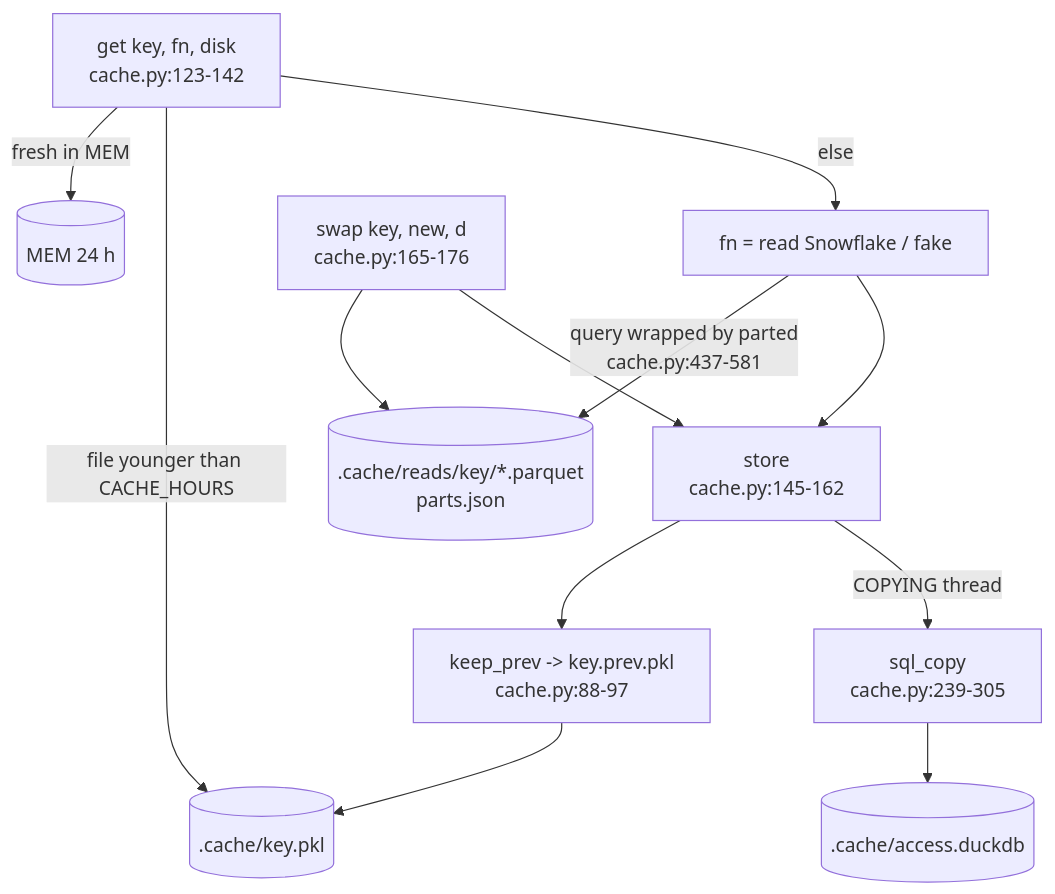
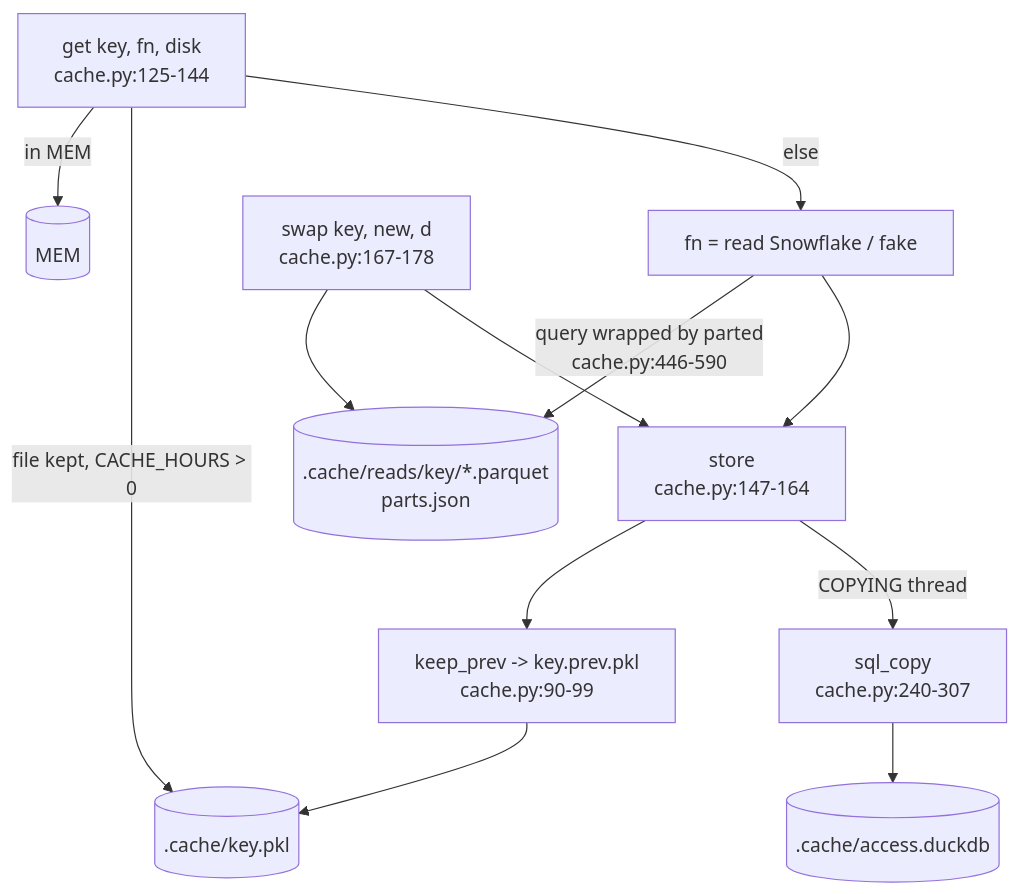
The diagram in snowflake-access-explorer-knowledge-graph/modules/cache.md (darshanmeel/snowflake-access-explorer), drawn with Mermaid before and after one commit. The commit also changed other lines of this file and 97 other files, not shown here.

First line of the commit message:
Knowledge graph: updated for 80 commits (read levels, object inventory, object activity, graph focus, risks, Home)

````diff
--- a/snowflake-access-explorer-knowledge-graph/modules/cache.md
+++ b/snowflake-access-explorer-knowledge-graph/modules/cache.md
@@ -6,14 +6,14 @@
 ```mermaid
 flowchart TD
-  G[get key, fn, disk<br/>cache.py:123-142] -->|fresh in MEM| M[(MEM 24 h)]
-  G -->|file younger than CACHE_HOURS| P[(.cache/key.pkl)]
+  G[get key, fn, disk<br/>cache.py:125-144] -->|in MEM| M[(MEM)]
+  G -->|file kept, CACHE_HOURS > 0| P[(.cache/key.pkl)]
   G -->|else| FN[fn = read Snowflake / fake]
-  FN -->|query wrapped by parted<br/>cache.py:437-581| RD[(.cache/reads/key/*.parquet<br/>parts.json)]
-  FN --> ST[store<br/>cache.py:145-162]
-  ST --> KP[keep_prev -> key.prev.pkl<br/>cache.py:88-97]
+  FN -->|query wrapped by parted<br/>cache.py:446-590| RD[(.cache/reads/key/*.parquet<br/>parts.json)]
+  FN --> ST[store<br/>cache.py:147-164]
+  ST --> KP[keep_prev -> key.prev.pkl<br/>cache.py:90-99]
   KP --> P
-  ST -->|COPYING thread| SQ[sql_copy<br/>cache.py:239-305]
+  ST -->|COPYING thread| SQ[sql_copy<br/>cache.py:240-307]
   SQ --> D[(.cache/access.duckdb)]
-  SW[swap key, new, d<br/>cache.py:165-176] --> RD
+  SW[swap key, new, d<br/>cache.py:167-178] --> RD
   SW --> ST
 ```
````
